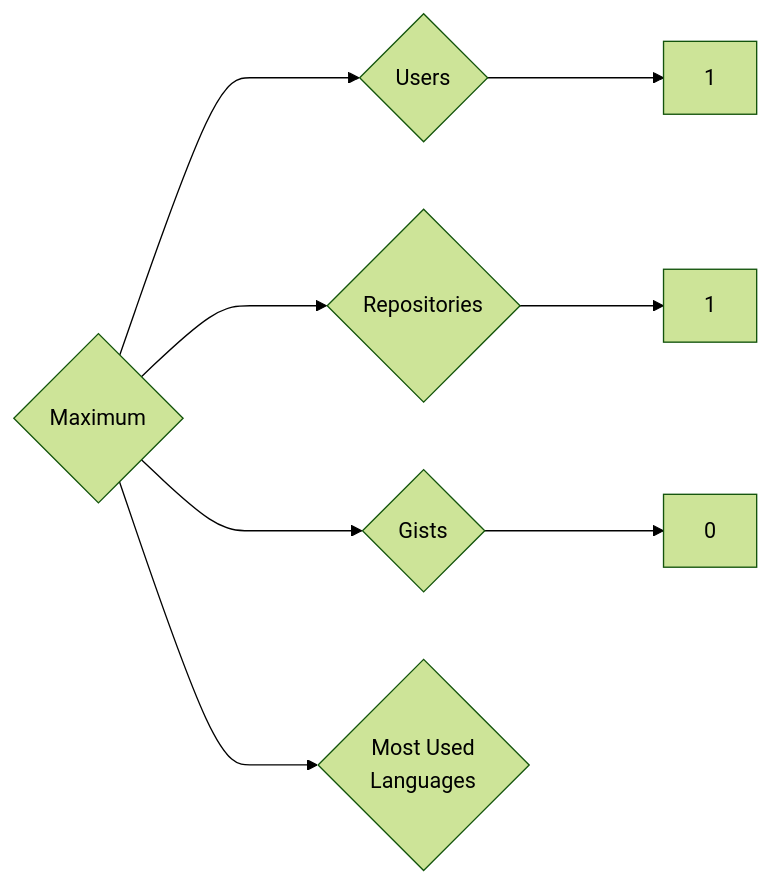
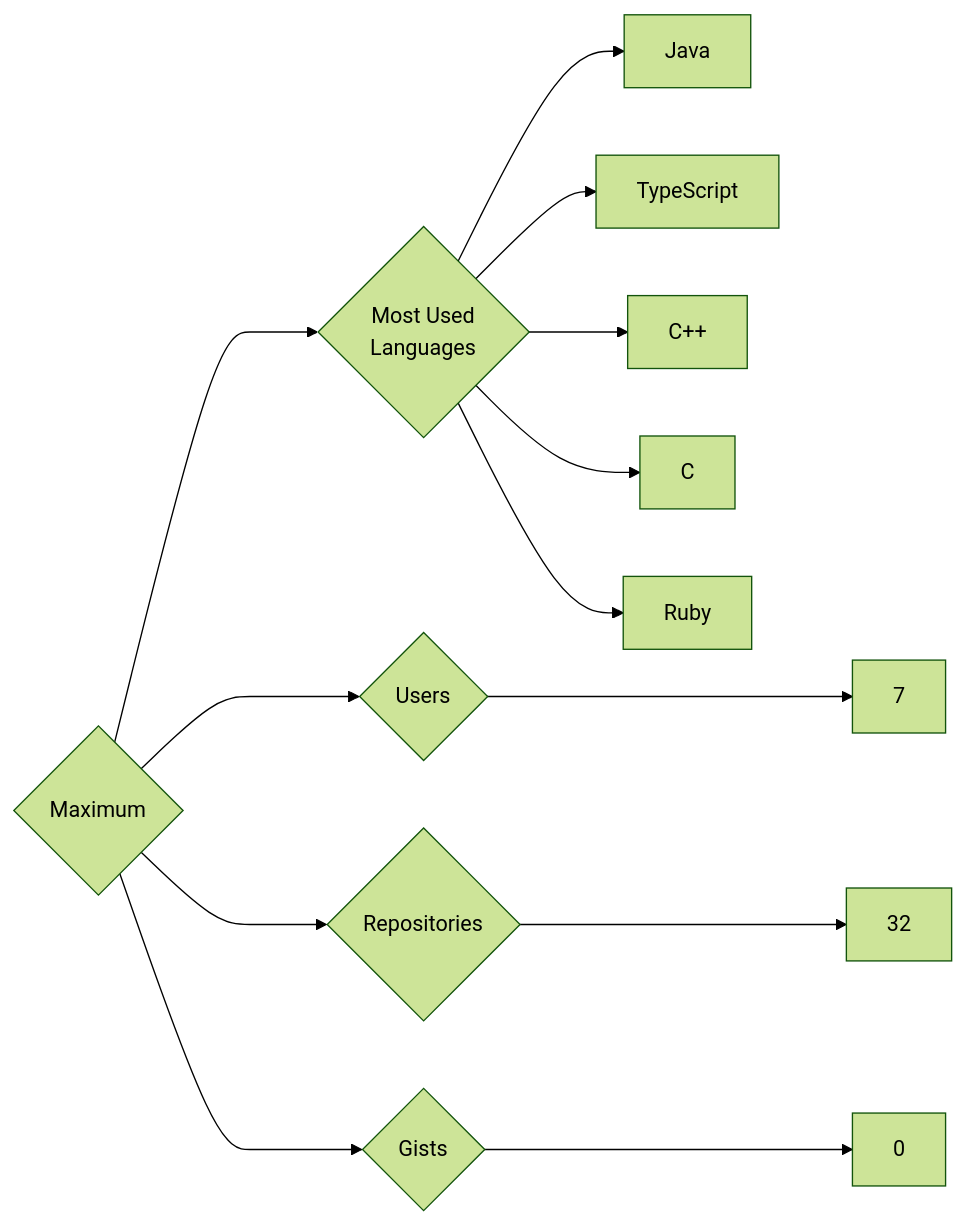
Before and after one commit to trickest/insiders: the diagram in targets/Maximum/README.md, drawn with Mermaid (forest theme). The commit also changed 984 other files, not shown here.

````diff
--- a/targets/Maximum/README.md
+++ b/targets/Maximum/README.md
@@ -3,8 +3,13 @@
 ```mermaid
 graph LR
 COMPANY_NAME{Maximum}
-COMPANY_NAME ---> U{Users} ---> UN[1]
-COMPANY_NAME ---> R{Repositories} ---> RN[1]
+COMPANY_NAME ---> U{Users} ---> UN[7]
+COMPANY_NAME ---> R{Repositories} ---> RN[32]
 COMPANY_NAME ---> G{Gists} ---> GN[0]
 COMPANY_NAME ---> ML{Most Used<br>Languages}
+ML --> Java[Java]
+ML --> TypeScript[TypeScript]
+ML --> C++[C++]
+ML --> C[C]
+ML --> Ruby[Ruby]
 ```
````
